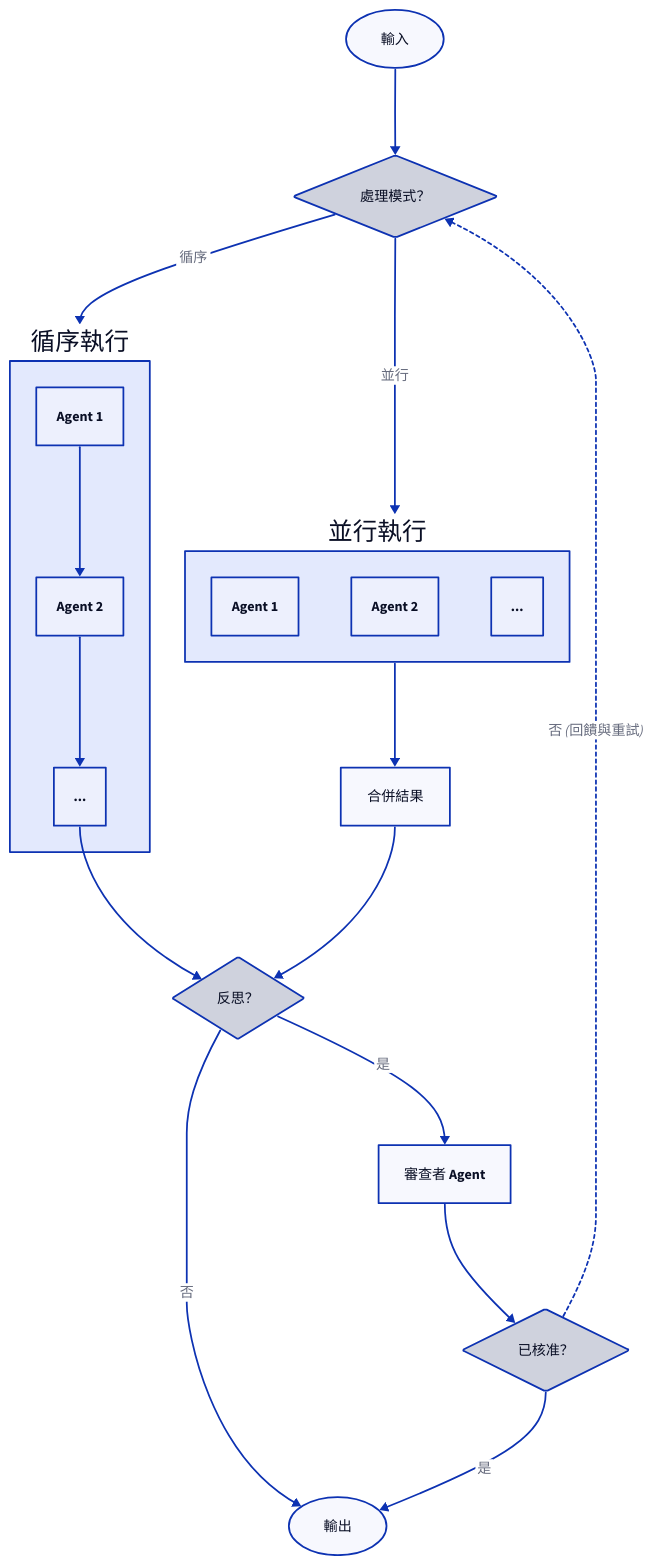
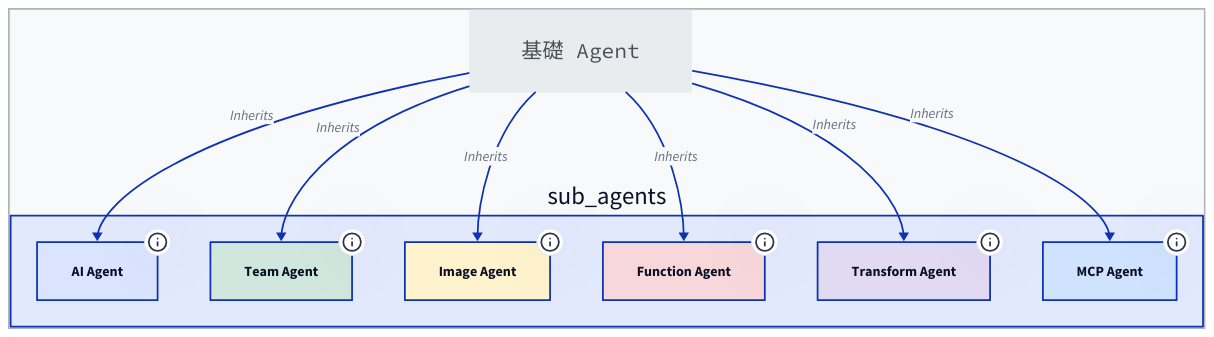
The diagram in .aigne/doc-smith/docs/developer-guide-agents.zh-TW.md (AIGNE-io/aigne-framework), drawn with D2 before and after one commit. The commit also changed other lines of this file and 191 other files, not shown here.

````diff
--- a/.aigne/doc-smith/docs/developer-guide-agents.zh-TW.md
+++ b/.aigne/doc-smith/docs/developer-guide-agents.zh-TW.md
@@ -16,61 +7,58 @@
 ```d2
 direction: down
-
-Input: { shape: oval; label: "輸入" }
-
-Mode-Selection: {
-  label: "處理模式？"
-  shape: diamond
+style: {
+  font-size: 14
+  stroke-width: 2
+  fill: "#f8f9fa"
+  stroke: "#adb5bd"
 }
 
-Sequential-Execution: {
-  label: "循序執行"
-  Agent-1: "Agent 1"
-  Agent-2: "Agent 2"
-  Agent-N: "..."
-  Agent-1 -> Agent-2 -> Agent-N
+Agent: {
+  label: "基礎 Agent"
+  shape: class
+  style: {
+    fill: "#e9ecef"
+    stroke: "#495057"
+  }
 }
 
-Parallel-Execution: {
-  label: "並行執行"
-  p-agent-1: "Agent 1"
-  p-agent-2: "Agent 2"
-  p-agent-n: "..."
+sub_agents: {
+  AIAgent: {
+    label: "AI Agent"
+    tooltip: "與語言模型互動"
+    style: { fill: "#dbe4ff" }
+  }
+  TeamAgent: {
+    label: "Team Agent"
+    tooltip: "協調多個 Agent"
+    style: { fill: "#d1e7dd" }
+  }
+  ImageAgent: {
+    label: "Image Agent"
+    tooltip: "生成圖片"
+    style: { fill: "#fff3cd" }
+  }
+  FunctionAgent: {
+    label: "Function Agent"
+    tooltip: "包裝自訂程式碼"
+    style: { fill: "#f8d7da" }
+  }
+  TransformAgent: {
+    label: "Transform Agent"
+    tooltip: "執行資料映射"
+    style: { fill: "#e2d9f3" }
+  }
+  MCPAgent: {
+    label: "MCP Agent"
+    tooltip: "連接到外部 MCP 系統"
+    style: { fill: "#cfe2ff" }
+  }
 }
 
-Combine-Results: "合併結果"
-
-Reflection-Check: {
-  label: "反思？"
-  shape: diamond
-}
-
-Reviewer: {
-  label: "審查者 Agent"
-}
-
-Approval-Check: {
-  label: "已核准？"
-  shape: diamond
-}
-
-Output: { shape: oval; label: "輸出" }
-
-Input -> Mode-Selection
-
-Mode-Selection -> Sequential-Execution: "循序"
-Mode-Selection -> Parallel-Execution: "並行"
-
-Sequential-Execution.Agent-N -> Reflection-Check
-Parallel-Execution -> Combine-Results
-Combine-Results -> Reflection-Check
-
-Reflection-Check -> Output: "否"
-Reflection-Check -> Reviewer: "是"
-
-Reviewer -> Approval-Check
-Approval-Check -> Output: "是"
-Approval-Check -> Mode-Selection: "否 (回饋與重試)" {
-  style.stroke-dash: 2
-}
+Agent -> sub_agents.AIAgent: Inherits
+Agent -> sub_agents.TeamAgent: Inherits
+Agent -> sub_agents.ImageAgent: Inherits
+Agent -> sub_agents.FunctionAgent: Inherits
+Agent -> sub_agents.TransformAgent: Inherits
+Agent -> sub_agents.MCPAgent: Inherits
 ```
````
